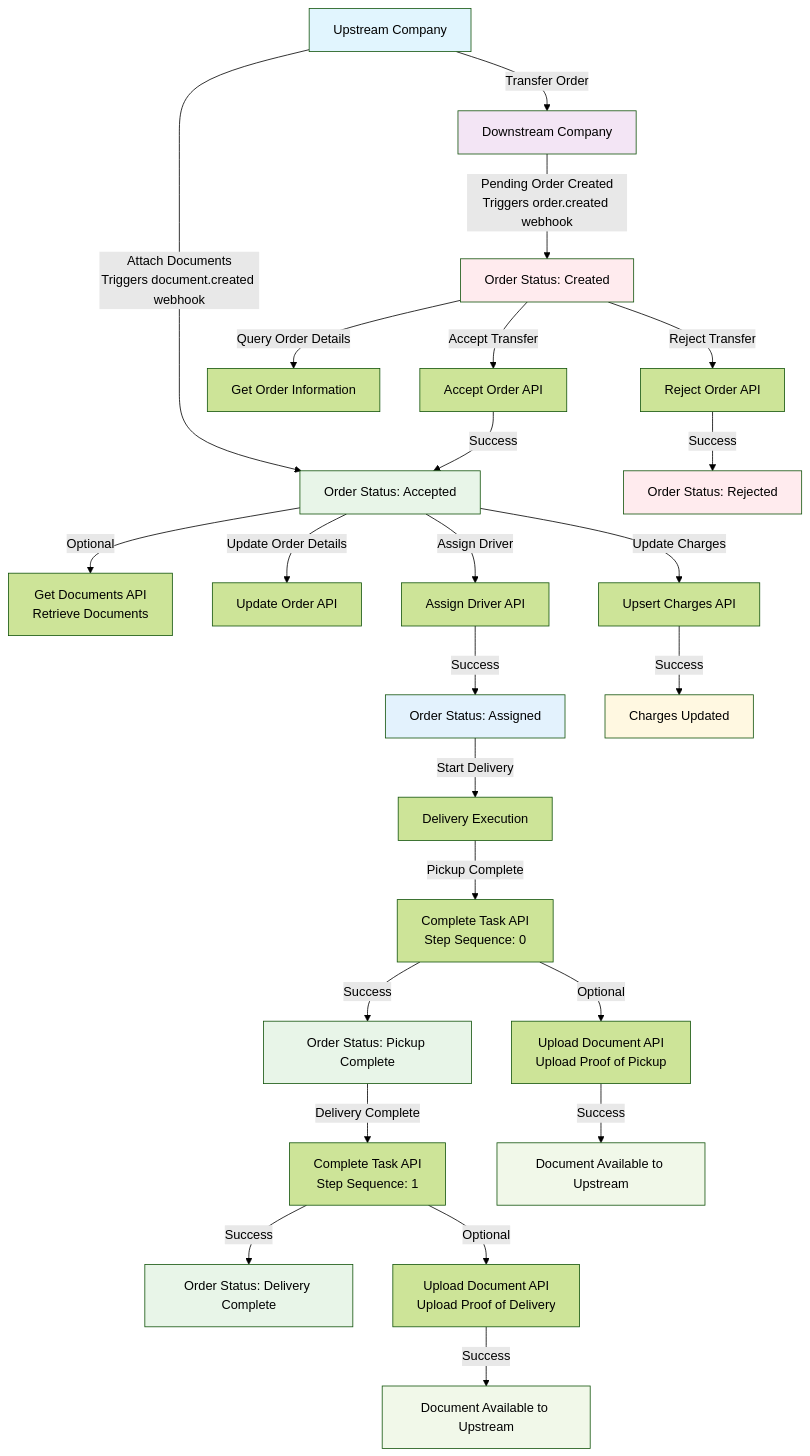
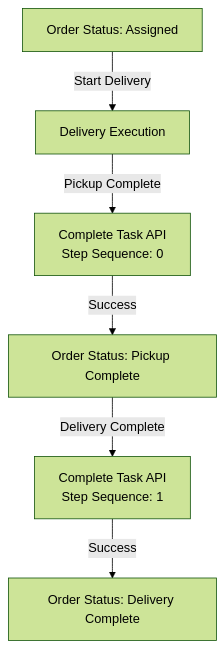
Before and after one commit to yojee/yojee-developer-portal: the fifth of 6 diagrams in docs/guides/dsp-integration-guide-v2.md, drawn with Mermaid (forest theme). The commit also changed other lines of this file, not shown here.

````diff
--- a/docs/guides/dsp-integration-guide-v2.md
+++ b/docs/guides/dsp-integration-guide-v2.md
@@ -38,48 +83,11 @@
 ```mermaid
 flowchart TD
-    A[Upstream Company] -->|Transfer Order| C[Downstream Company]
-    C -->|Pending Order Created<br/>Triggers order.created webhook| D[Order Status: Created]
-    
-    A -->|Attach Documents<br/>Triggers document.created webhook| H
-    D -->|Accept Transfer| F[Accept Order API]
-    D -->|Query Order Details| E[Get Order Information]
-    D -->|Reject Transfer| G[Reject Order API]
-    
-    F -->|Success| H[Order Status: Accepted]
-    G -->|Success| I[Order Status: Rejected]
-    
-    H -->|Optional| J[Get Documents API<br/>Retrieve Documents]
-    
-    H -->|Update Order Details| L[Update Order API]
-    H -->|Assign Driver| M[Assign Driver API]
-    
-    M -->|Success| N[Order Status: Assigned]
-    
-    N -->|Start Delivery| O[Delivery Execution]
-    O -->|Pickup Complete| P[Complete Task API<br/>Step Sequence: 0]
-    P -->|Success| Q[Order Status: Pickup Complete]
-    
-    Q -->|Delivery Complete| R[Complete Task API<br/>Step Sequence: 1]
-    R -->|Success| S[Order Status: Delivery Complete]
-    
-    P -->|Optional| V[Upload Document API<br/>Upload Proof of Pickup]
-    R -->|Optional| W[Upload Document API<br/>Upload Proof of Delivery]
-    
-    V -->|Success| Z[Document Available to Upstream]
-    W -->|Success| AA[Document Available to Upstream]
-    
-    H -->|Update Charges| BB[Upsert Charges API]
-    BB -->|Success| CC[Charges Updated]
-    
-    style A fill:#e1f5fe
-    style C fill:#f3e5f5
-    style D fill:#ffebee
-    style H fill:#e8f5e8
-    style I fill:#ffebee
-    style N fill:#e3f2fd
-    style Q fill:#e8f5e8
-    style S fill:#e8f5e8
-    style Z fill:#f1f8e9
-    style AA fill:#f1f8e9
-    style CC fill:#fff8e1
+  N[Order Status: Assigned]
+
+  N -->|Start Delivery| O[Delivery Execution]
+  O -->|Pickup Complete| P[Complete Task API<br/>Step Sequence: 0]
+  P -->|Success| Q[Order Status: Pickup Complete]
+  
+  Q -->|Delivery Complete| R[Complete Task API<br/>Step Sequence: 1]
+  R -->|Success| S[Order Status: Delivery Complete]
 ```
````
